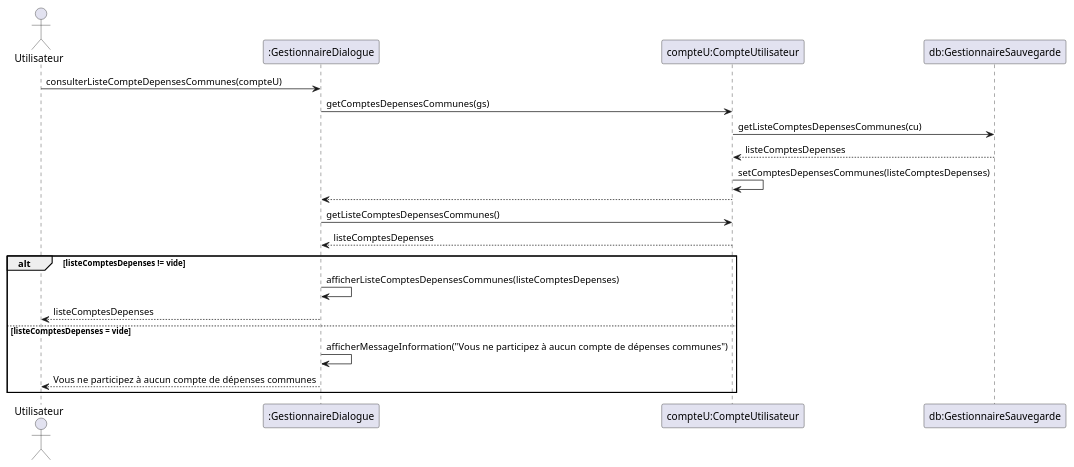
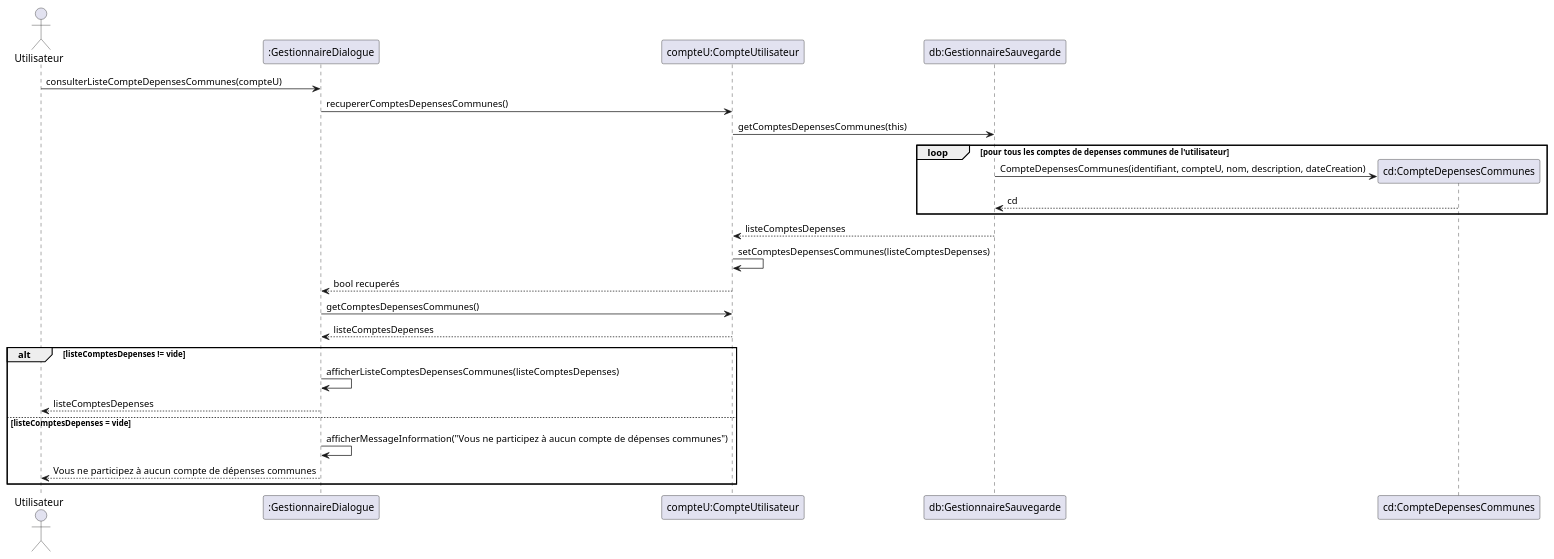
The diagram in diagrammes/conception/consulter-liste-compte-depenses.puml (lmtb06/sharecount), drawn with PlantUML before and after one commit. The commit also changed 10 other files, not shown here.

Commit message:
-Modification des diagrammes de séquences -Mise à jour du diagramme de classe -Ajout de ComptePersonnel

```diff
--- a/diagrammes/conception/consulter-liste-compte-depenses.puml
+++ b/diagrammes/conception/consulter-liste-compte-depenses.puml
@@ -1,23 +1,29 @@
 @startuml  Consulter la liste de ses comptes de dépenses communes
 
 actor "Utilisateur" as us
 participant ":GestionnaireDialogue" as gd
 participant "compteU:CompteUtilisateur" as cu
 participant "db:GestionnaireSauvegarde" as gs
+participant "cd:CompteDepensesCommunes" as cd
 
 us 	-> 	gd 	: consulterListeCompteDepensesCommunes(compteU)
-gd 	-> 	cu 	: getComptesDepensesCommunes(gs)
-cu 	->	gs 	: getListeComptesDepensesCommunes(cu)
+gd 	-> 	cu 	: recupererComptesDepensesCommunes()
+cu 	->	gs 	: getComptesDepensesCommunes(this)
+loop pour tous les comptes de depenses communes de l'utilisateur
+gs 	-> 	cd 	**: CompteDepensesCommunes(identifiant, compteU, nom, description, dateCreation)
+cd 	--> gs 	: cd
+end
 gs 	--> cu 	: listeComptesDepenses
 cu 	-> 	cu 	: setComptesDepensesCommunes(listeComptesDepenses)
-cu 	--> gd 	:
-gd 	-> 	cu 	: getListeComptesDepensesCommunes()
+cu 	--> gd 	: bool recuperés
+' TODO Verifier que la récupération a marché avant de continuer
+gd 	-> 	cu 	: getComptesDepensesCommunes()
 cu 	--> gd 	: listeComptesDepenses
 alt listeComptesDepenses != vide
 gd 	->	gd 	: afficherListeComptesDepensesCommunes(listeComptesDepenses)
 gd 	-->	us 	: listeComptesDepenses
 else listeComptesDepenses = vide
 gd 	-> 	gd  : afficherMessageInformation("Vous ne participez à aucun compte de dépenses communes")
 gd 	-->	us 	:Vous ne participez à aucun compte de dépenses communes
 end
 @enduml
```
